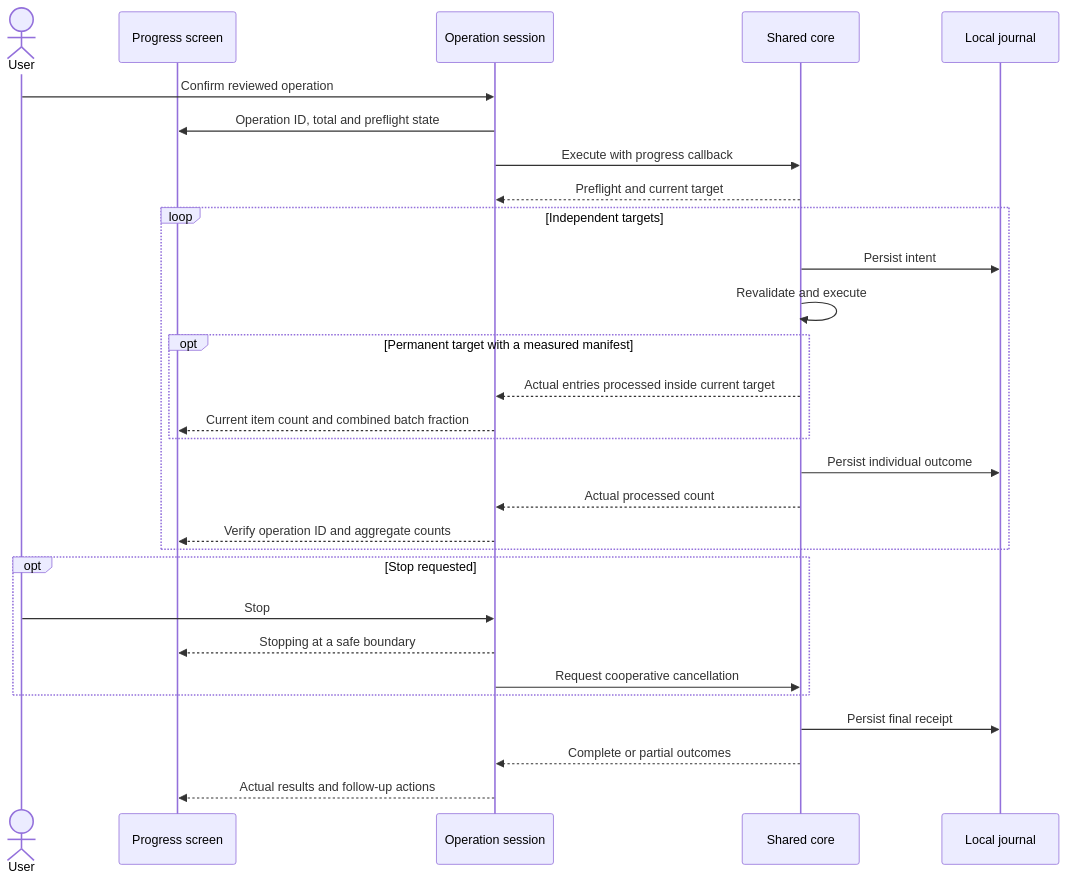
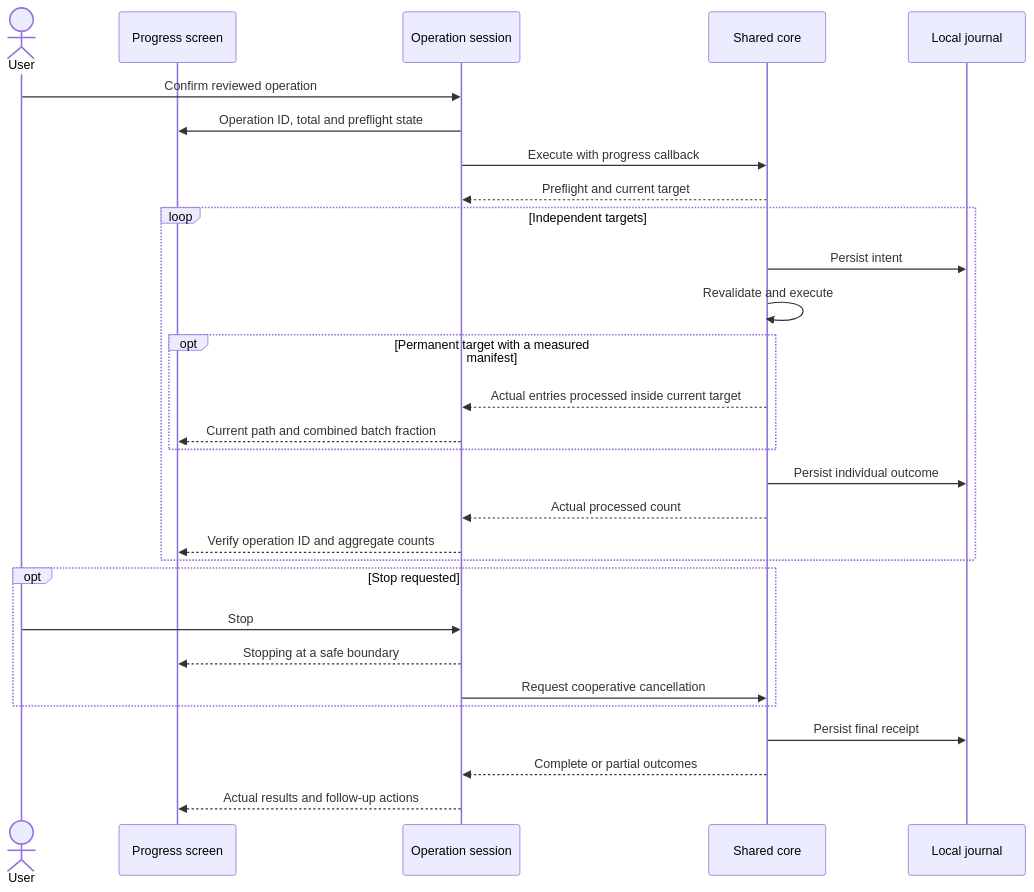
Before and after one commit to limecloud/shou: the fourth of 4 diagrams in docs/product/operation-progress.md, drawn with Mermaid. The commit also changed other lines of this file and 133 other files, not shown here.

````diff
--- a/docs/product/operation-progress.md
+++ b/docs/product/operation-progress.md
@@ -102,31 +110,31 @@
 ```mermaid
 sequenceDiagram
   actor User
   participant UI as Progress screen
   participant Session as Operation session
   participant Core as Shared core
   participant Store as Local journal
   User->>Session: Confirm reviewed operation
   Session->>UI: Operation ID, total and preflight state
   Session->>Core: Execute with progress callback
   Core-->>Session: Preflight and current target
   loop Independent targets
     Core->>Store: Persist intent
     Core->>Core: Revalidate and execute
     opt Permanent target with a measured manifest
       Core-->>Session: Actual entries processed inside current target
-      Session-->>UI: Current item count and combined batch fraction
+      Session-->>UI: Current path and combined batch fraction
     end
     Core->>Store: Persist individual outcome
     Core-->>Session: Actual processed count
     Session-->>UI: Verify operation ID and aggregate counts
   end
   opt Stop requested
     User->>Session: Stop
     Session-->>UI: Stopping at a safe boundary
     Session->>Core: Request cooperative cancellation
   end
   Core->>Store: Persist final receipt
   Core-->>Session: Complete or partial outcomes
   Session-->>UI: Actual results and follow-up actions
 ```
````
